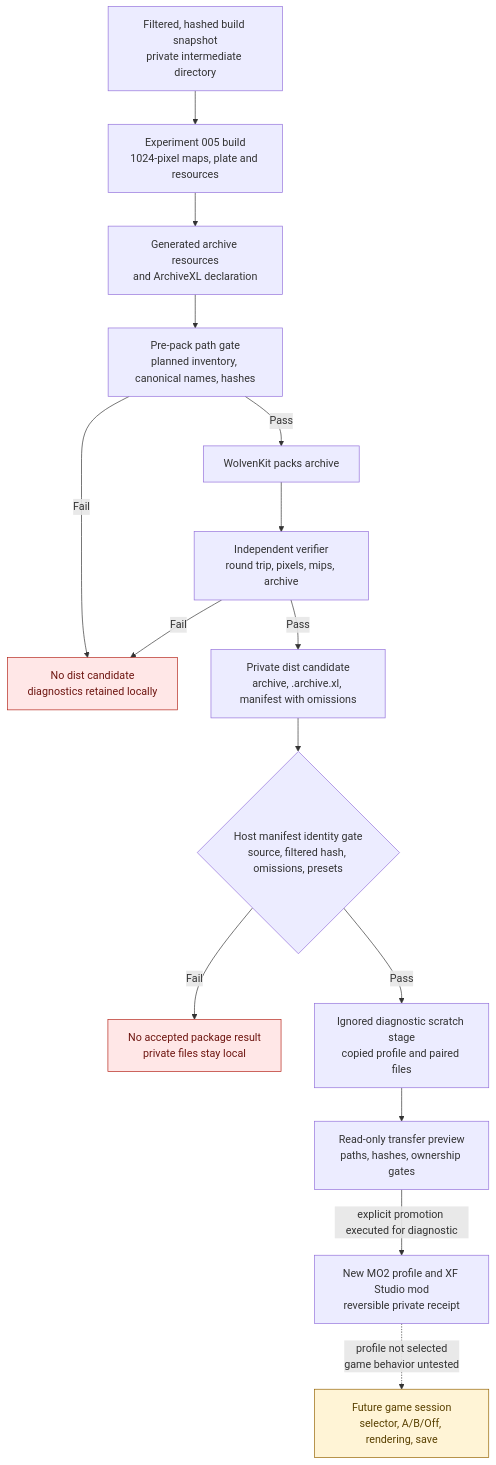
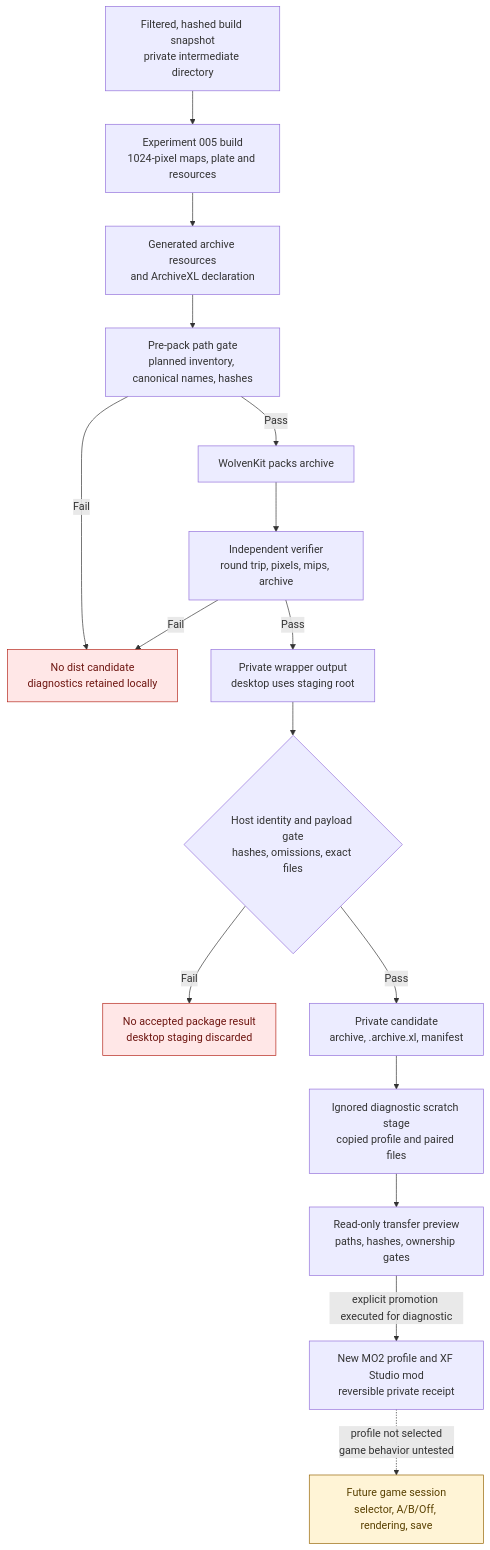
The second of 3 diagrams in research/authoring/studio-to-mod-pipeline.md (axefrog/xf-studio), drawn with Mermaid before and after one commit. The commit also changed other lines of this file and 20 other files, not shown here.

Commit message:
Add gated desktop package Build host and asset-free tool bundle

````diff
--- a/research/authoring/studio-to-mod-pipeline.md
+++ b/research/authoring/studio-to-mod-pipeline.md
@@ -43,22 +45,23 @@
 ```mermaid
 flowchart TB
   snapshot["Filtered, hashed build snapshot<br/>private intermediate directory"] --> bake["Experiment 005 build<br/>1024-pixel maps, plate and resources"]
   bake --> resources["Generated archive resources<br/>and ArchiveXL declaration"]
   resources --> gate["Pre-pack path gate<br/>planned inventory, canonical names, hashes"]
   gate -- Fail --> stop
   gate -- Pass --> pack["WolvenKit packs archive"]
   pack --> verifier["Independent verifier<br/>round trip, pixels, mips, archive"]
   verifier -- Fail --> stop["No dist candidate<br/>diagnostics retained locally"]
-  verifier -- Pass --> dist["Private dist candidate<br/>archive, .archive.xl, manifest with omissions"]
-  dist --> resultGate{"Host manifest identity gate<br/>source, filtered hash, omissions, presets"}
-  resultGate -- Fail --> unaccepted["No accepted package result<br/>private files stay local"]
-  resultGate -- Pass --> scratch["Ignored diagnostic scratch stage<br/>copied profile and paired files"]
+  verifier -- Pass --> dist["Private wrapper output<br/>desktop uses staging root"]
+  dist --> resultGate{"Host identity and payload gate<br/>hashes, omissions, exact files"}
+  resultGate -- Fail --> unaccepted["No accepted package result<br/>desktop staging discarded"]
+  resultGate -- Pass --> candidate["Private candidate<br/>archive, .archive.xl, manifest"]
+  candidate --> scratch["Ignored diagnostic scratch stage<br/>copied profile and paired files"]
   scratch --> preview["Read-only transfer preview<br/>paths, hashes, ownership gates"]
   preview -- "explicit promotion executed for diagnostic" --> mo2["New MO2 profile and XF Studio mod<br/>reversible private receipt"]
   mo2 -. "profile not selected<br/>game behavior untested" .-> runtime["Future game session<br/>selector, A/B/Off, rendering, save"]
 
   classDef blocked fill:#ffe7e7,stroke:#b42318,color:#6e1611;
   classDef pending fill:#fff4d6,stroke:#946200,color:#594000;
   class stop,unaccepted blocked;
   class runtime pending;
 ```
````
